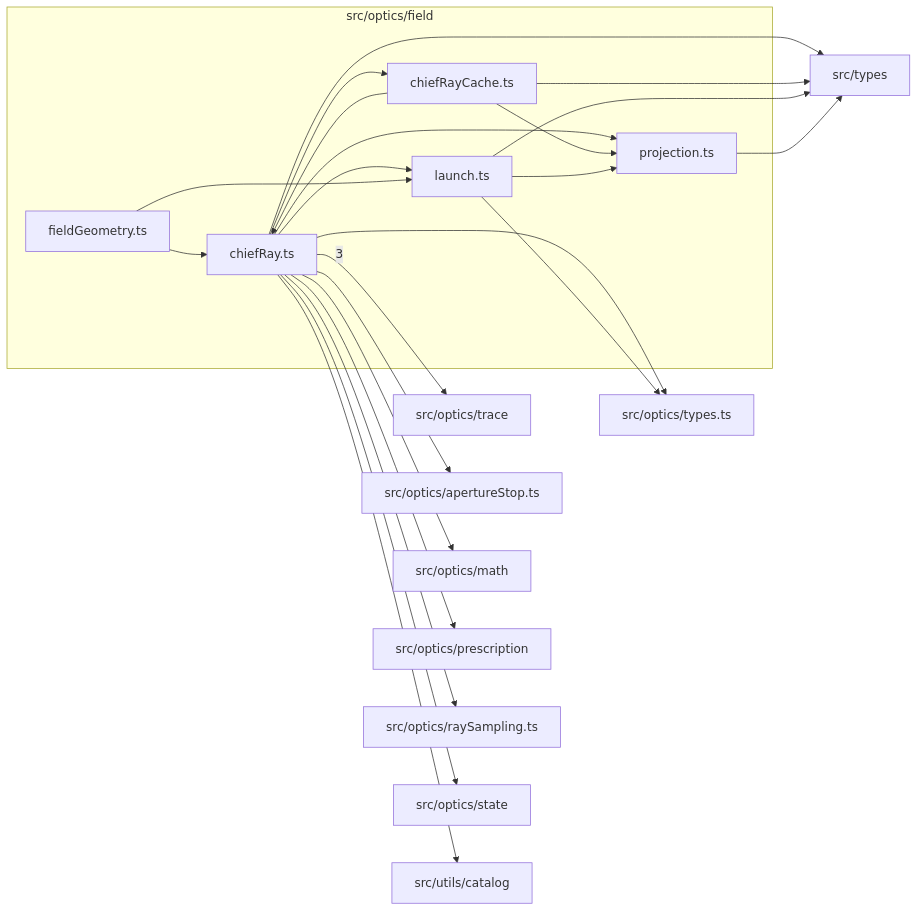
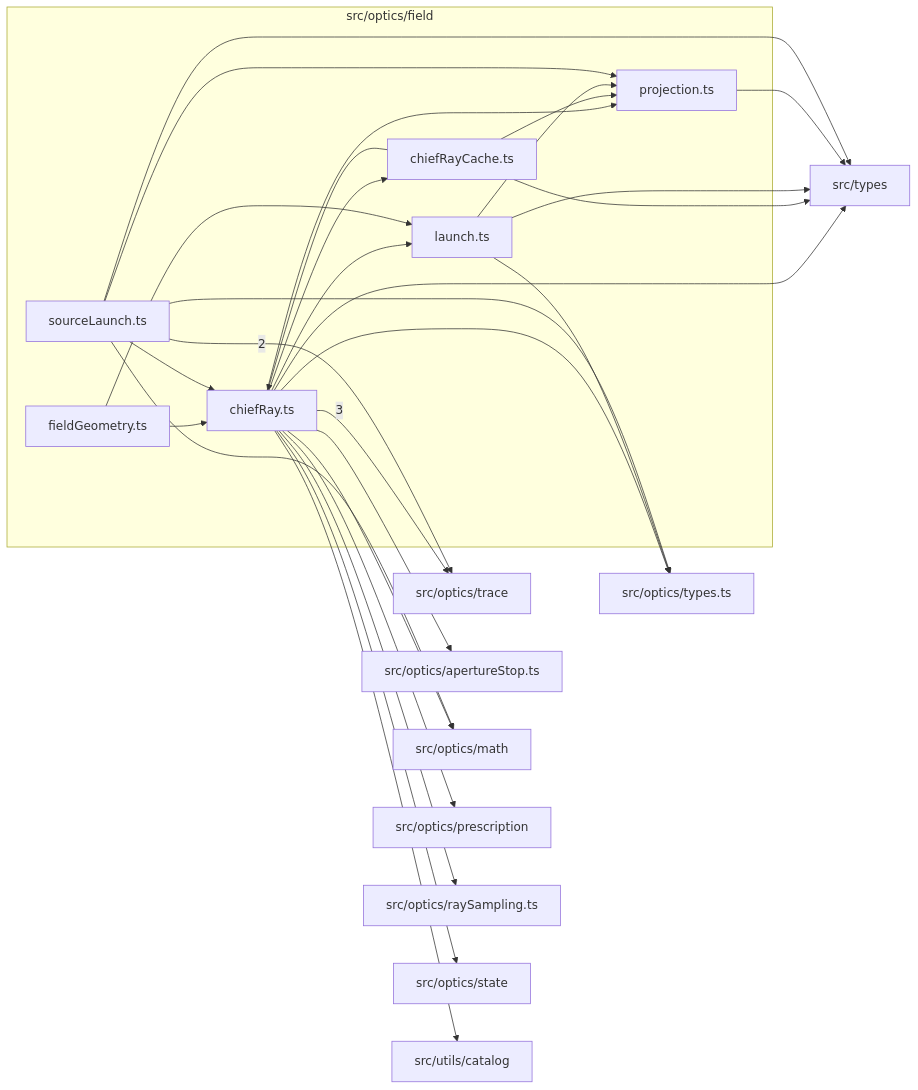
One commit to ronbuening/LensVisualizer changed the diagram in src/optics/field/readme.md. Above: the diagram before and after it, drawn with Mermaid. The commit also changed other lines of this file and 8 other files, not shown here.

Commit message:
refactor: share physical source points and stop-aimed ray launches

````diff
--- a/src/optics/field/readme.md
+++ b/src/optics/field/readme.md
@@ -9,40 +9,47 @@
 ```mermaid
 flowchart LR
   subgraph n_src_optics_field["src/optics/field"]
     n_src_optics_field_src_optics_field_chiefRay_ts["chiefRay.ts"]
     n_src_optics_field_src_optics_field_chiefRayCache_ts["chiefRayCache.ts"]
     n_src_optics_field_src_optics_field_fieldGeometry_ts["fieldGeometry.ts"]
     n_src_optics_field_src_optics_field_launch_ts["launch.ts"]
     n_src_optics_field_src_optics_field_projection_ts["projection.ts"]
+    n_src_optics_field_src_optics_field_sourceLaunch_ts["sourceLaunch.ts"]
   end
   n_external_src_optics_trace["src/optics/trace"]
   n_external_src_optics_apertureStop_ts["src/optics/apertureStop.ts"]
   n_external_src_optics_math["src/optics/math"]
   n_external_src_optics_prescription["src/optics/prescription"]
   n_external_src_optics_raySampling_ts["src/optics/raySampling.ts"]
   n_external_src_optics_state["src/optics/state"]
   n_external_src_optics_types_ts["src/optics/types.ts"]
   n_external_src_types["src/types"]
   n_external_src_utils_catalog["src/utils/catalog"]
   n_src_optics_field_src_optics_field_chiefRay_ts --> |3| n_external_src_optics_trace
+  n_src_optics_field_src_optics_field_sourceLaunch_ts --> |2| n_external_src_optics_trace
   n_src_optics_field_src_optics_field_chiefRay_ts --> n_external_src_optics_apertureStop_ts
   n_src_optics_field_src_optics_field_chiefRay_ts --> n_external_src_optics_math
+  n_src_optics_field_src_optics_field_sourceLaunch_ts --> n_external_src_optics_math
   n_src_optics_field_src_optics_field_chiefRay_ts --> n_external_src_optics_prescription
   n_src_optics_field_src_optics_field_chiefRay_ts --> n_external_src_optics_raySampling_ts
   n_src_optics_field_src_optics_field_chiefRay_ts --> n_external_src_optics_state
   n_src_optics_field_src_optics_field_chiefRay_ts --> n_external_src_optics_types_ts
   n_src_optics_field_src_optics_field_launch_ts --> n_external_src_optics_types_ts
+  n_src_optics_field_src_optics_field_sourceLaunch_ts --> n_external_src_optics_types_ts
   n_src_optics_field_src_optics_field_chiefRay_ts --> n_external_src_types
   n_src_optics_field_src_optics_field_chiefRayCache_ts --> n_external_src_types
   n_src_optics_field_src_optics_field_launch_ts --> n_external_src_types
   n_src_optics_field_src_optics_field_projection_ts --> n_external_src_types
+  n_src_optics_field_src_optics_field_sourceLaunch_ts --> n_external_src_types
   n_src_optics_field_src_optics_field_chiefRay_ts --> n_external_src_utils_catalog
   n_src_optics_field_src_optics_field_chiefRayCache_ts --> n_src_optics_field_src_optics_field_chiefRay_ts
   n_src_optics_field_src_optics_field_fieldGeometry_ts --> n_src_optics_field_src_optics_field_chiefRay_ts
+  n_src_optics_field_src_optics_field_sourceLaunch_ts --> n_src_optics_field_src_optics_field_chiefRay_ts
   n_src_optics_field_src_optics_field_chiefRay_ts --> n_src_optics_field_src_optics_field_chiefRayCache_ts
   n_src_optics_field_src_optics_field_chiefRay_ts --> n_src_optics_field_src_optics_field_launch_ts
   n_src_optics_field_src_optics_field_fieldGeometry_ts --> n_src_optics_field_src_optics_field_launch_ts
   n_src_optics_field_src_optics_field_chiefRay_ts --> n_src_optics_field_src_optics_field_projection_ts
   n_src_optics_field_src_optics_field_chiefRayCache_ts --> n_src_optics_field_src_optics_field_projection_ts
   n_src_optics_field_src_optics_field_launch_ts --> n_src_optics_field_src_optics_field_projection_ts
+  n_src_optics_field_src_optics_field_sourceLaunch_ts --> n_src_optics_field_src_optics_field_projection_ts
 ```
````
